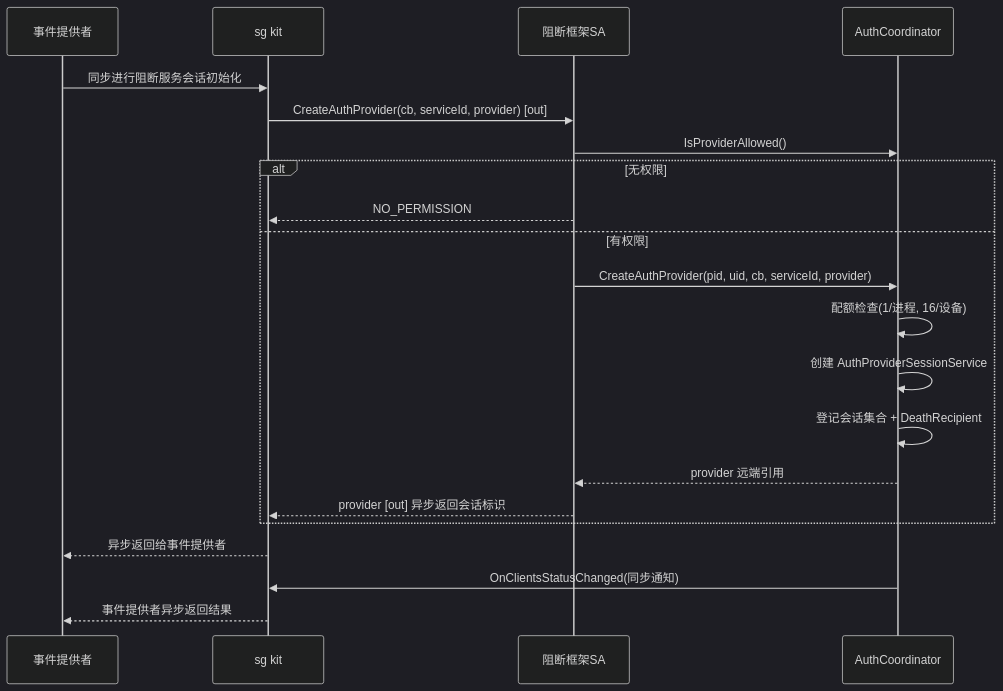
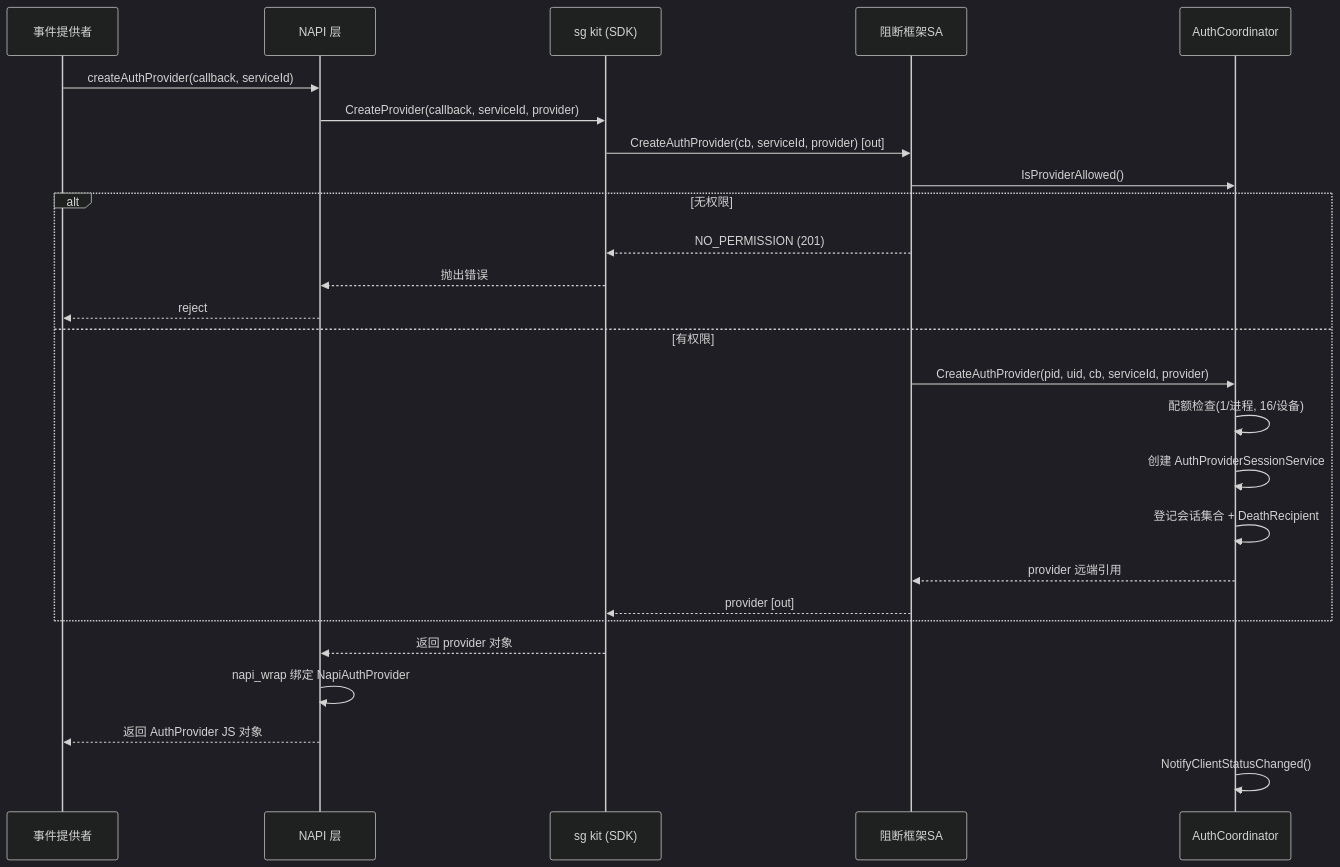
One commit to eclipse-oniro-mirrors/security_security_guard changed the third of 10 diagrams in .sdd/SR-20260806903302/design-doc.md. Above: the diagram before and after it, drawn with Mermaid (dark theme). The commit also changed other lines of this file and 50 other files, not shown here.

````diff
--- a/.sdd/SR-20260806903302/design-doc.md
+++ b/.sdd/SR-20260806903302/design-doc.md
@@ -154,24 +149,29 @@
 ```mermaid
 sequenceDiagram
     participant EP as 事件提供者
-    participant SDK as sg kit
+    participant NAPI as NAPI 层
+    participant SDK as sg kit (SDK)
     participant SA as 阻断框架SA
     participant AC as AuthCoordinator
 
-    EP->>SDK: 同步进行阻断服务会话初始化
+    EP->>NAPI: createAuthProvider(callback, serviceId)
+    NAPI->>SDK: CreateProvider(callback, serviceId, provider)
     SDK->>SA: CreateAuthProvider(cb, serviceId, provider) [out]
     SA->>AC: IsProviderAllowed()
     alt 无权限
-        SA-->>SDK: NO_PERMISSION
+        SA-->>SDK: NO_PERMISSION (201)
+        SDK-->>NAPI: 抛出错误
+        NAPI-->>EP: reject
     else 有权限
         SA->>AC: CreateAuthProvider(pid, uid, cb, serviceId, provider)
         AC->>AC: 配额检查(1/进程, 16/设备)
         AC->>AC: 创建 AuthProviderSessionService
         AC->>AC: 登记会话集合 + DeathRecipient
         AC-->>SA: provider 远端引用
-        SA-->>SDK: provider [out] 异步返回会话标识
+        SA-->>SDK: provider [out]
     end
-    SDK-->>EP: 异步返回给事件提供者
-    AC->>SDK: OnClientsStatusChanged(同步通知)
-    SDK-->>EP: 事件提供者异步返回结果
+    SDK-->>NAPI: 返回 provider 对象
+    NAPI->>NAPI: napi_wrap 绑定 NapiAuthProvider
+    NAPI-->>EP: 返回 AuthProvider JS 对象
+    AC->>AC: NotifyClientStatusChanged()
 ```
````
